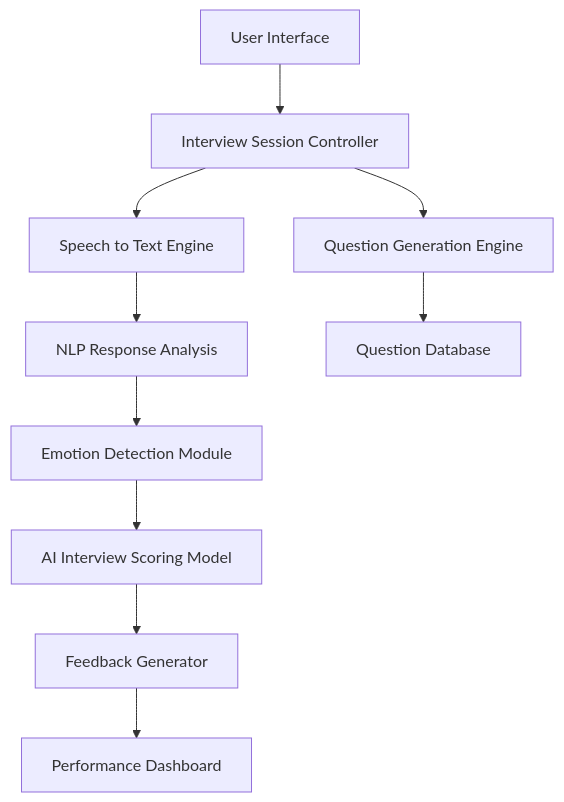
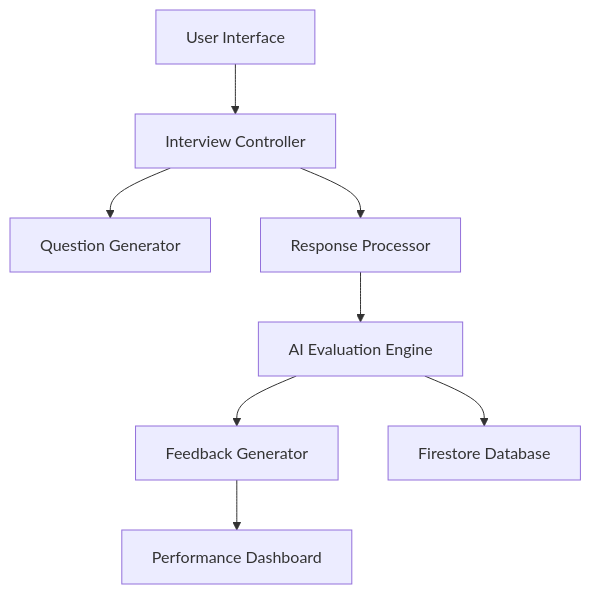
Before and after one commit to KirtiPratihar/AI-interview-coachh: the first of 2 diagrams in README.md, drawn with Mermaid. The commit also changed other lines of this file, not shown here.

````diff
--- a/README.md
+++ b/README.md
@@ -68,23 +40,19 @@
 ```mermaid
 flowchart TD
 
 A[User Interface]
 
-A --> B[Interview Session Controller]
+A --> B[Interview Controller]
 
-B --> C[Question Generation Engine]
+B --> C[Question Generator]
 
-B --> D[Speech to Text Engine]
+B --> D[Response Processor]
 
-D --> E[NLP Response Analysis]
+D --> E[AI Evaluation Engine]
 
-E --> F[Emotion Detection Module]
+E --> F[Feedback Generator]
 
-F --> G[AI Interview Scoring Model]
+F --> G[Performance Dashboard]
 
-G --> H[Feedback Generator]
-
-H --> I[Performance Dashboard]
-
-C --> J[Question Database]
+E --> H[Firestore Database]
 ```
````
